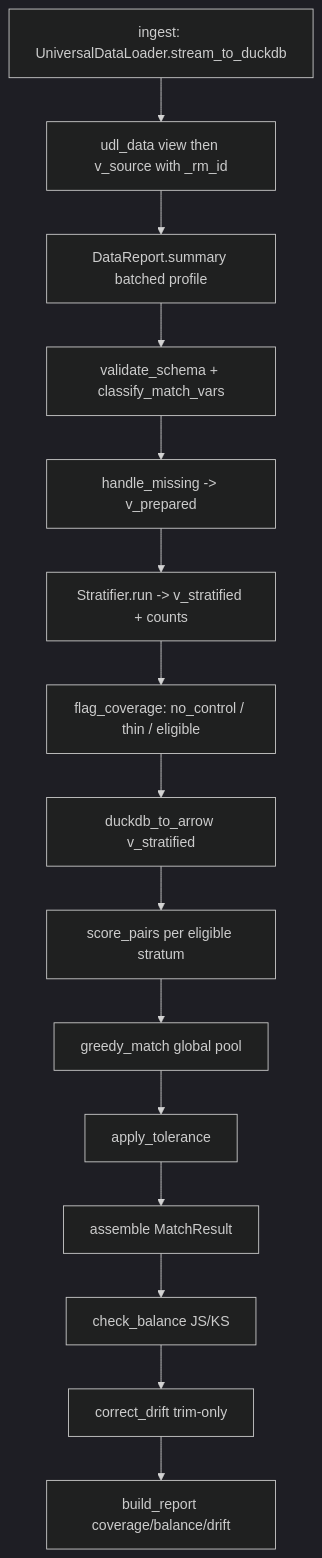
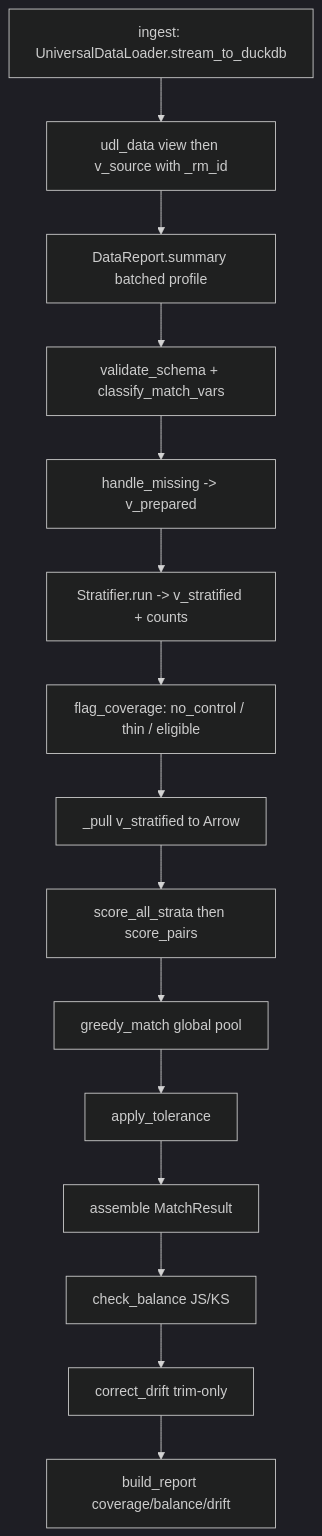
Before and after one commit to B2BDA/RapidMatch: the diagram in codegraph.md, drawn with Mermaid (dark theme). The commit also changed other lines of this file and 11 other files, not shown here.

````diff
--- a/codegraph.md
+++ b/codegraph.md
@@ -115,20 +120,20 @@
 ```mermaid
 flowchart TD
     A["ingest: UniversalDataLoader.stream_to_duckdb"]
     B["udl_data view then v_source with _rm_id"]
     P["DataReport.summary batched profile"]
     C["validate_schema + classify_match_vars"]
     D["handle_missing -> v_prepared"]
     E["Stratifier.run -> v_stratified + counts"]
     F["flag_coverage: no_control / thin / eligible"]
-    G["duckdb_to_arrow v_stratified"]
-    H["score_pairs per eligible stratum"]
+    G["_pull v_stratified to Arrow"]
+    H["score_all_strata then score_pairs"]
     I["greedy_match global pool"]
     J["apply_tolerance"]
     K["assemble MatchResult"]
     L["check_balance JS/KS"]
     M["correct_drift trim-only"]
     N["build_report coverage/balance/drift"]
 
     A --> B --> P --> C --> D --> E --> F --> G --> H --> I --> J --> K --> L --> M --> N
 ```
````
